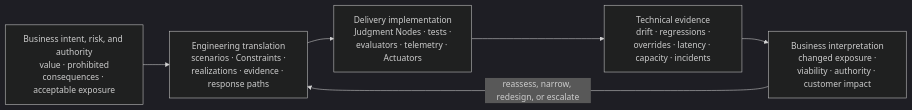
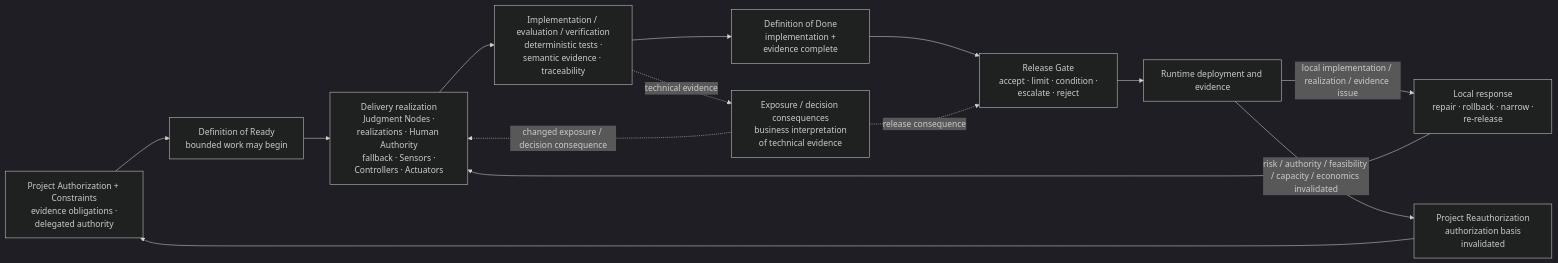
One commit to UncertaintyArchitectureGroup/uncertainty-architecture changed diagram 12 of 15 in content/research/notes/open-engineering-specification-article-draft.md. Above: the diagram before and after it, drawn with Mermaid (dark theme). The commit also changed other lines of this file and 1 other file, not shown here.

````diff
--- a/content/research/notes/open-engineering-specification-article-draft.md
+++ b/content/research/notes/open-engineering-specification-article-draft.md
@@ -616,11 +666,20 @@
 ```mermaid
 flowchart LR
-    BR["Business intent, risk, and authority<br/> value · prohibited consequences · acceptable exposure"]
-    ENG["Engineering translation<br/> scenarios · Constraints · realizations · evidence · response paths"]
-    IMP["Delivery implementation<br/> Judgment Nodes · tests · evaluators · telemetry · Actuators"]
-    TECH["Technical evidence<br/> drift · regressions · overrides · latency · capacity · incidents"]
-    BEXP["Business interpretation<br/> changed exposure · viability · authority · customer impact"]
+    P["Project Authorization + Constraints<br/> evidence obligations · delegated authority"]
+    R["Definition of Ready<br/> bounded work may begin"]
+    ENG["Delivery realization<br/> Judgment Nodes · realizations · Human Authority<br/> fallback · Sensors · Controllers · Actuators"]
+    VER["Implementation / evaluation / verification<br/> deterministic tests · semantic evidence · traceability"]
+    BIZ["Exposure / decision consequences<br/> business interpretation of technical evidence"]
+    D["Definition of Done<br/> implementation + evidence complete"]
+    G["Release Gate<br/> accept · limit · condition · escalate · reject"]
+    RUN["Runtime deployment and evidence"]
+    LOCAL["Local response<br/> repair · rollback · narrow · re-release"]
+    REAUTH["Project Reauthorization<br/> authorization basis invalidated"]
 
-    BR --> ENG --> IMP --> TECH --> BEXP
-    BEXP -->|reassess, narrow, redesign, or escalate| ENG
+    P --> R --> ENG --> VER --> D --> G --> RUN
+    VER -.->|technical evidence| BIZ
+    BIZ -.->|changed exposure / decision consequence| ENG
+    BIZ -.->|release consequence| G
+    RUN -->|local implementation / realization / evidence issue| LOCAL --> ENG
+    RUN -->|risk / authority / feasibility / capacity / economics invalidated| REAUTH --> P
 ```
````
